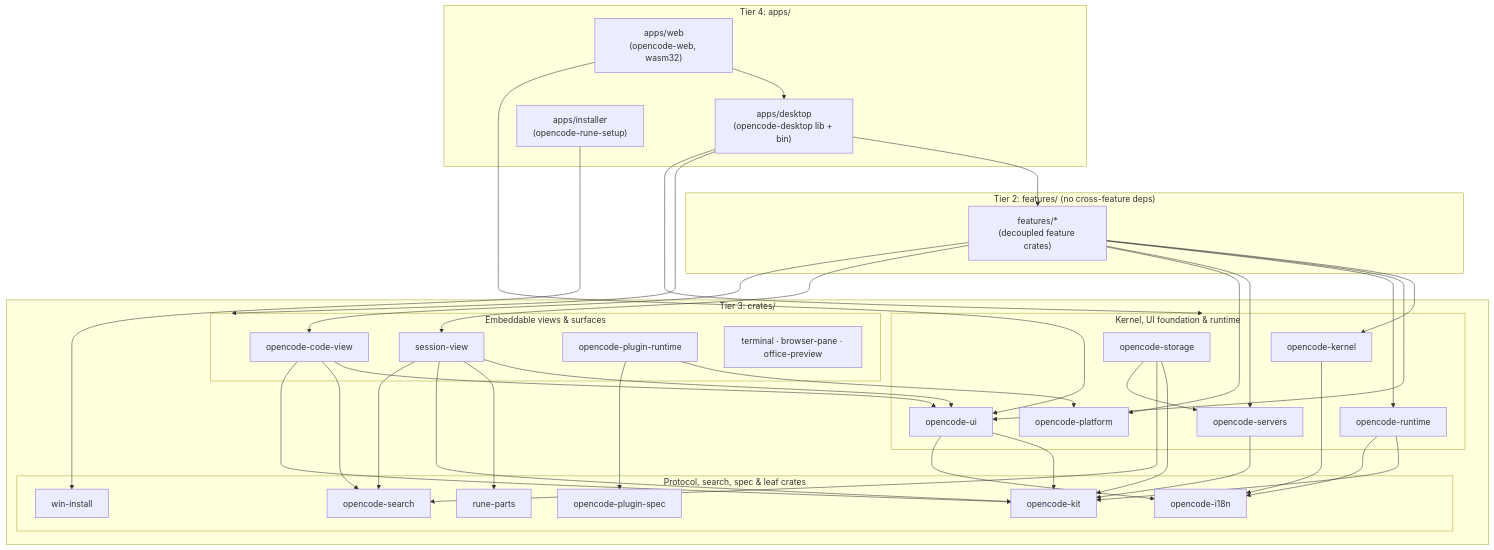
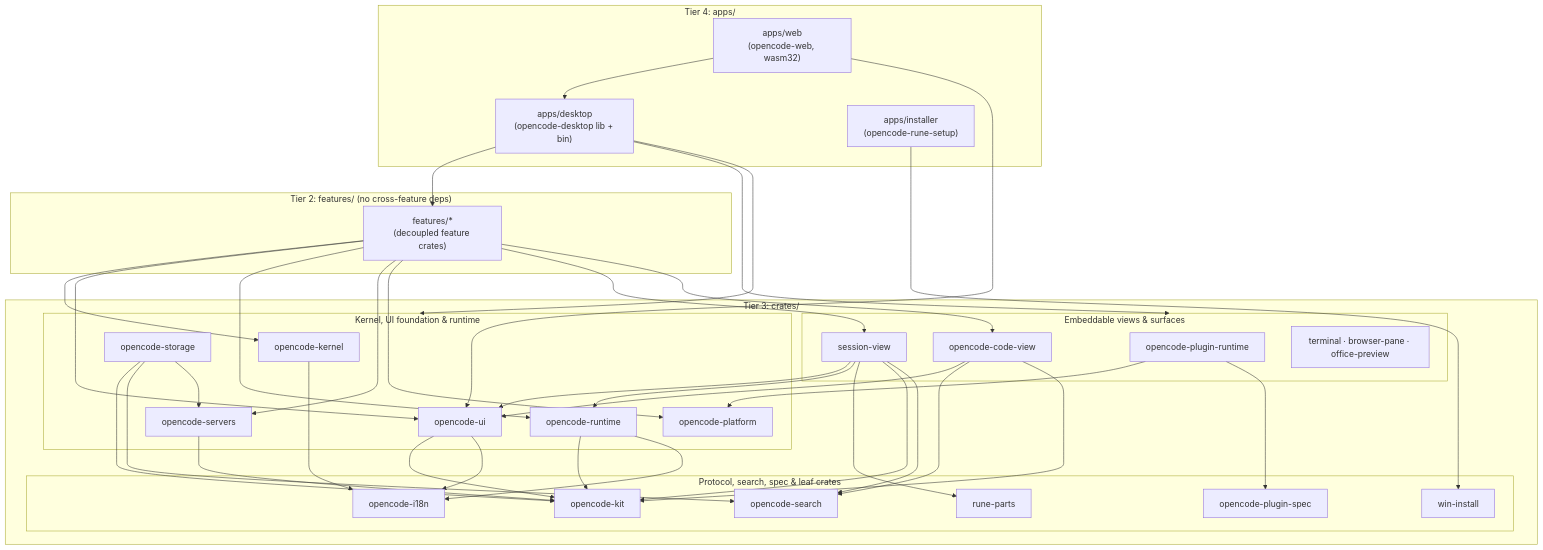
One commit to anomalyco/opencode-desktop changed the diagram in ARCHITECTURE.md. Above: the diagram before and after it, drawn with Mermaid. The commit also changed other lines of this file and 14 other files, not shown here.

````diff
--- a/ARCHITECTURE.md
+++ b/ARCHITECTURE.md
@@ -170,71 +170,72 @@
 ```mermaid
 flowchart TB
   subgraph T4["Tier 4: apps/"]
     WEB["apps/web<br/>(opencode-web, wasm32)"]
     DESKTOP["apps/desktop<br/>(opencode-desktop lib + bin)"]
     INSTALLER["apps/installer<br/>(opencode-rune-setup)"]
   end
 
   subgraph T2["Tier 2: features/ (no cross-feature deps)"]
     FEATS["features/*<br/>(decoupled feature crates)"]
   end
 
   subgraph T3["Tier 3: crates/"]
     subgraph T3_TOP["Embeddable views &amp; surfaces"]
       SV["session-view"]
       CV["opencode-code-view"]
       PR["opencode-plugin-runtime"]
       SURF["terminal · browser-pane · office-preview"]
     end
     subgraph T3_MID["Kernel, UI foundation &amp; runtime"]
       KERNEL["opencode-kernel"]
       UI["opencode-ui"]
       RT["opencode-runtime"]
       SRVS["opencode-servers"]
       PLAT["opencode-platform"]
       STOR["opencode-storage"]
     end
     subgraph T3_BASE["Protocol, search, spec &amp; leaf crates"]
       KIT["opencode-kit"]
       SEARCH["opencode-search"]
       I18N["opencode-i18n"]
       SPEC["opencode-plugin-spec"]
       PARTS["rune-parts"]
       WIN["win-install"]
     end
   end
 
   WEB --> DESKTOP
   WEB --> UI
   DESKTOP --> FEATS
   DESKTOP --> T3_TOP
   DESKTOP --> T3_MID
   INSTALLER --> WIN
 
   FEATS --> KERNEL
   FEATS --> UI
   FEATS --> RT
   FEATS --> SRVS
   FEATS --> PLAT
   FEATS --> SV
   FEATS --> CV
 
   SV --> UI
+  SV --> RT
   SV --> PARTS
   SV --> KIT
   SV --> SEARCH
   CV --> UI
   CV --> SEARCH
   CV --> KIT
   PR --> PLAT
   PR --> SPEC
   STOR --> KIT
   STOR --> SEARCH
   STOR --> SRVS
   SRVS --> KIT
   UI --> KIT
   UI --> I18N
   RT --> KIT
   RT --> I18N
   KERNEL --> I18N
 ```
````
